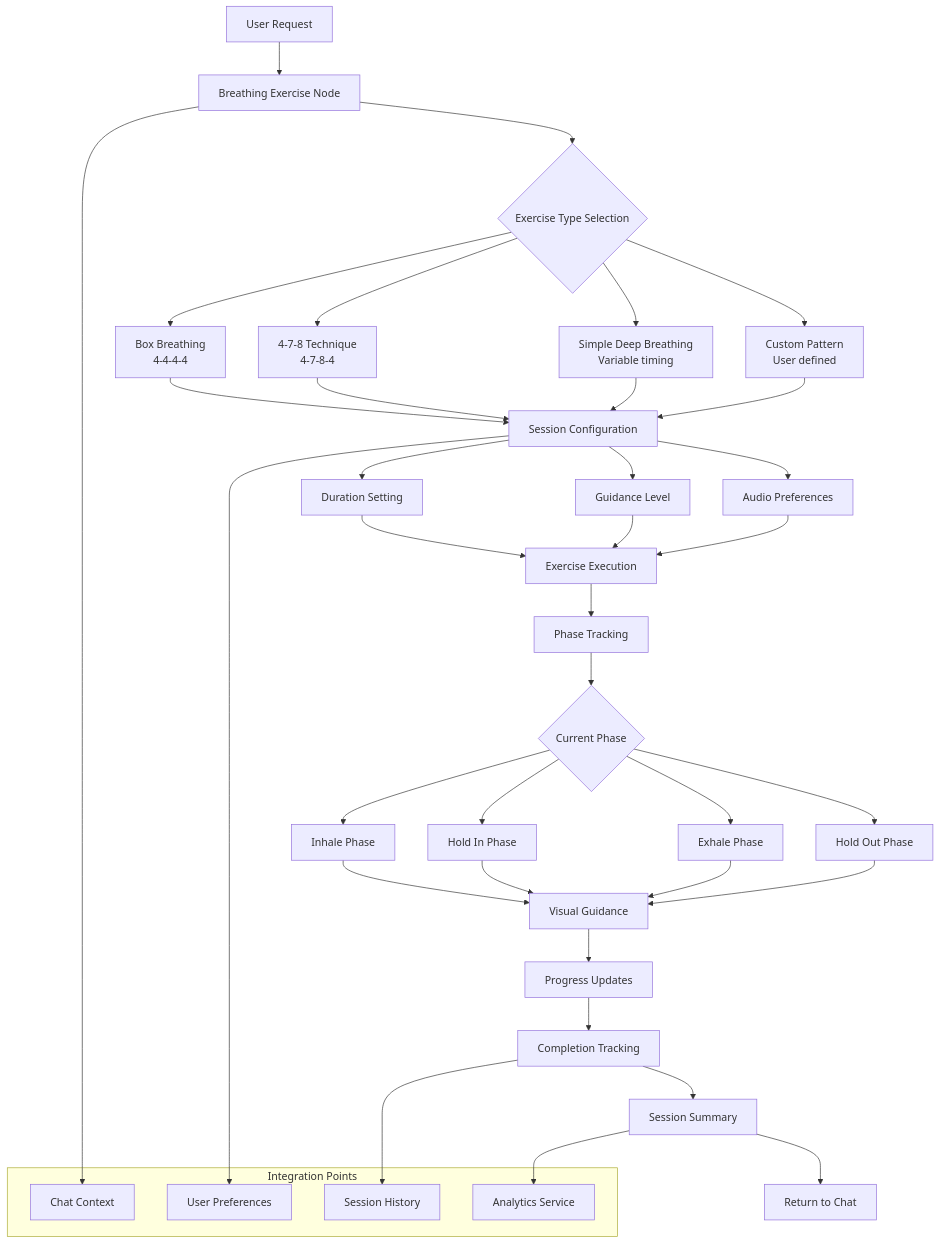
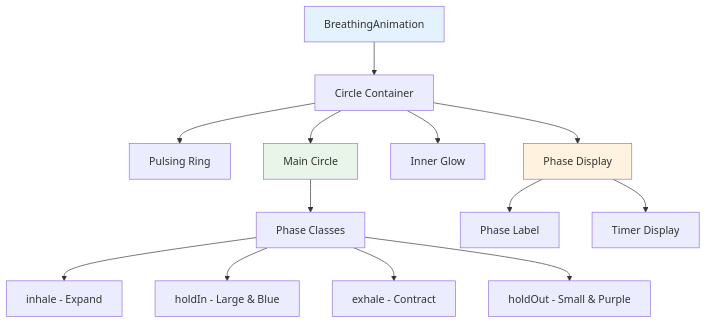
One commit to tweezerchef/Wbot changed the diagram in docs/web/activities.md. Above: the diagram before and after it, drawn with Mermaid. The commit also changed other lines of this file and 7 other files, not shown here.

First line of the commit message:
docs: comprehensive update of project roadmap and technical documentation

````diff
--- a/docs/web/activities.md
+++ b/docs/web/activities.md
@@ -24,54 +178,21 @@
 ```mermaid
 graph TD
-    A[User Request] --> B[Breathing Exercise Node]
-    B --> C{Exercise Type Selection}
+    A[BreathingAnimation] --> B[Circle Container]
+    B --> C[Pulsing Ring]
+    B --> D[Main Circle]
+    B --> E[Inner Glow]
+    B --> F[Phase Display]
 
-    C --> D[Box Breathing<br/>4-4-4-4]
-    C --> E[4-7-8 Technique<br/>4-7-8-4]
-    C --> F[Simple Deep Breathing<br/>Variable timing]
-    C --> G[Custom Pattern<br/>User defined]
+    D --> G[Phase Classes]
+    G --> H[inhale - Expand]
+    G --> I[holdIn - Large & Blue]
+    G --> J[exhale - Contract]
+    G --> K[holdOut - Small & Purple]
 
-    D --> H[Session Configuration]
-    E --> H
-    F --> H
-    G --> H
+    F --> L[Phase Label]
+    F --> M[Timer Display]
 
-    H --> I[Duration Setting]
-    H --> J[Guidance Level]
-    H --> K[Audio Preferences]
-
-    I --> L[Exercise Execution]
-    J --> L
-    K --> L
-
-    L --> M[Phase Tracking]
-    M --> N{Current Phase}
-
-    N --> O[Inhale Phase]
-    N --> P[Hold In Phase]
-    N --> Q[Exhale Phase]
-    N --> R[Hold Out Phase]
-
-    O --> S[Visual Guidance]
-    P --> S
-    Q --> S
-    R --> S
-
-    S --> T[Progress Updates]
-    T --> U[Completion Tracking]
-    U --> V[Session Summary]
-
-    V --> W[Return to Chat]
-
-    subgraph "Integration Points"
-        X[Chat Context]
-        Y[User Preferences]
-        Z[Session History]
-        AA[Analytics Service]
-    end
-
-    B --> X
-    H --> Y
-    U --> Z
-    V --> AA
+    style A fill:#e3f2fd
+    style D fill:#e8f5e8
+    style F fill:#fff3e0
 ```
````
